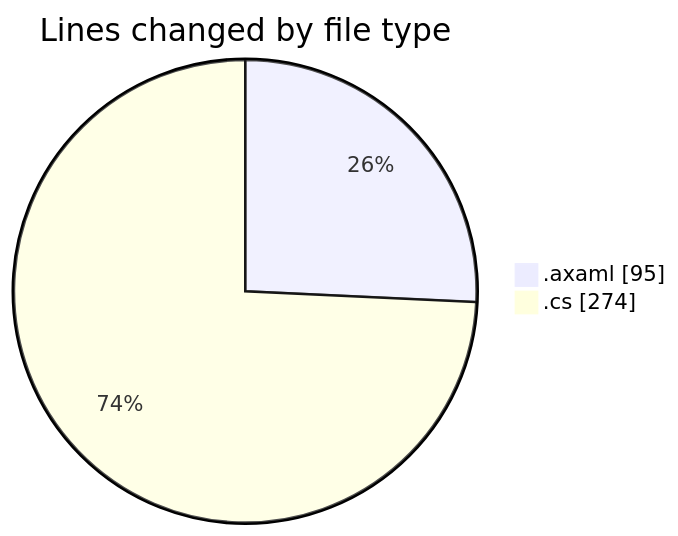
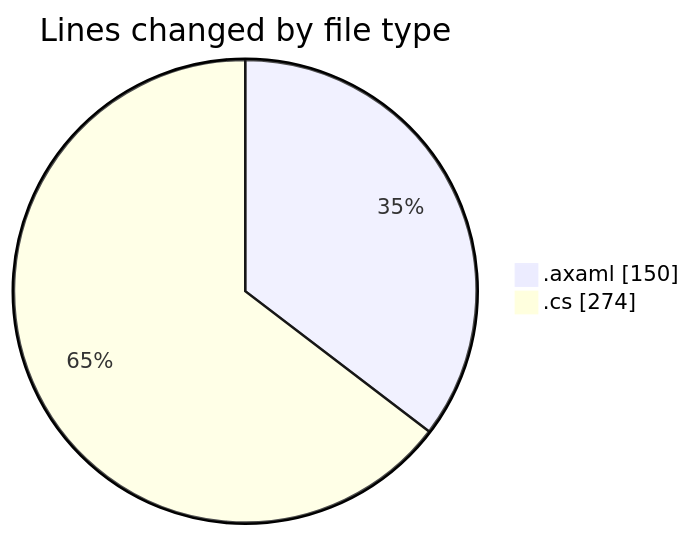
One commit to Netris89/code-tracking changed the first of 2 diagrams in 2025-11-01/skintrack/README.md. Above: the diagram before and after it, drawn with Mermaid. The commit also changed other lines of this file and 1 other file, not shown here.

````diff
--- a/2025-11-01/skintrack/README.md
+++ b/2025-11-01/skintrack/README.md
@@ -23,6 +24,6 @@
 ```mermaid
 pie showData
 title Lines changed by file type
-".axaml" : 95
+".axaml" : 150
 ".cs" : 274
 ```
````
